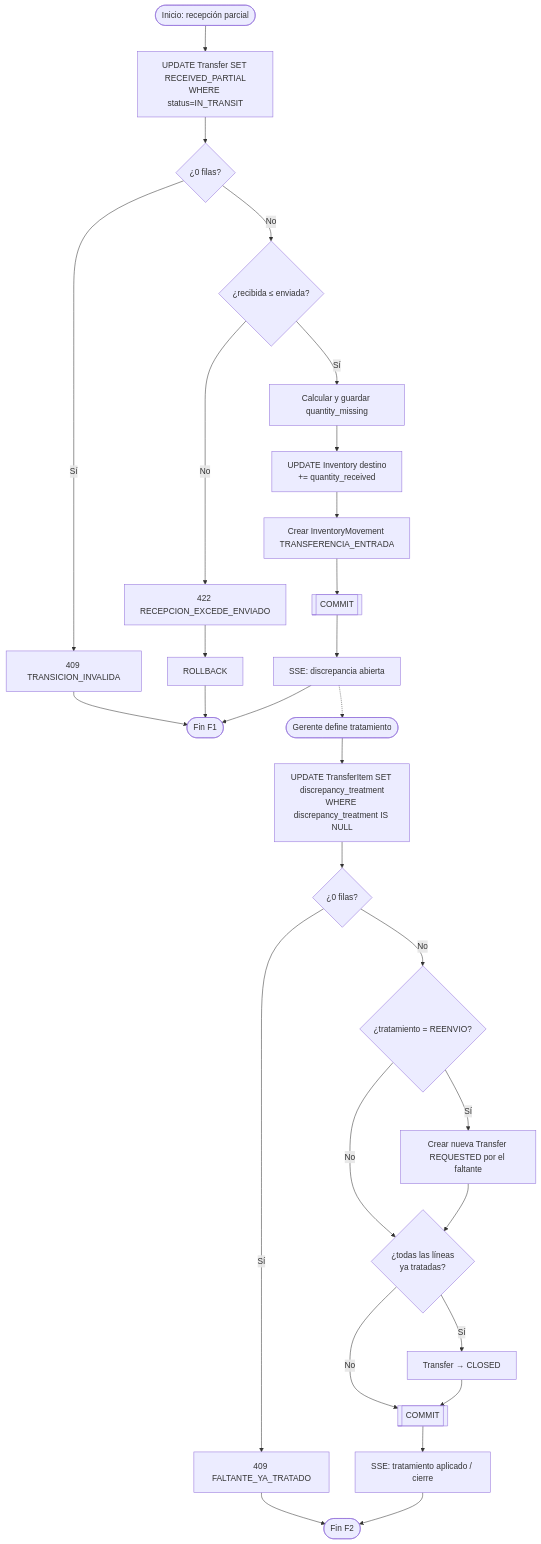
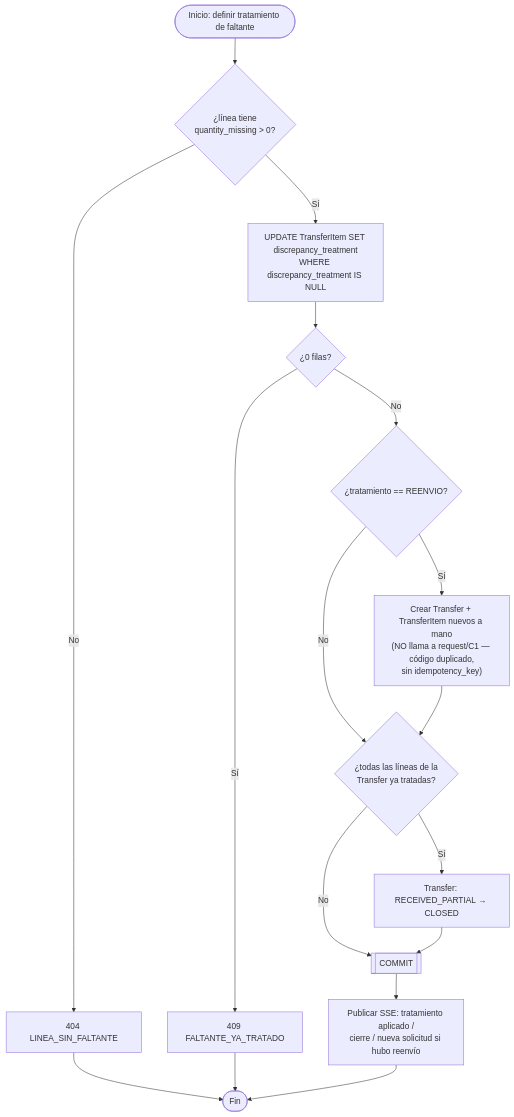
Before and after one commit to Breyner-sq/sistema-inventario-multisucursal: the sixth of 8 diagrams in docs/CRITICAL_FLOWS.md, drawn with Mermaid. The commit also changed other lines of this file and 4 other files, not shown here.

````diff
--- a/docs/CRITICAL_FLOWS.md
+++ b/docs/CRITICAL_FLOWS.md
@@ -465,26 +321,16 @@
 ```mermaid
 flowchart TD
-    StartF1([Inicio: recepción parcial]) --> UpdateEstadoF1["UPDATE Transfer SET RECEIVED_PARTIAL<br/>WHERE status=IN_TRANSIT"]
-    UpdateEstadoF1 --> EstadoOkF1{"¿0 filas?"}
-    EstadoOkF1 -- Sí --> Err409f1[409 TRANSICION_INVALIDA] --> EndF1([Fin F1])
-    EstadoOkF1 -- No --> ValidarCantF1{"¿recibida ≤ enviada?"}
-    ValidarCantF1 -- No --> Err422f1[422 RECEPCION_EXCEDE_ENVIADO] --> Rollback1[ROLLBACK] --> EndF1
-    ValidarCantF1 -- Sí --> CalcularFaltante[Calcular y guardar quantity_missing]
-    CalcularFaltante --> UpdateInvF1["UPDATE Inventory destino<br/>+= quantity_received"]
-    UpdateInvF1 --> CrearMovF1[Crear InventoryMovement TRANSFERENCIA_ENTRADA]
-    CrearMovF1 --> CommitF1[["COMMIT"]]
-    CommitF1 --> NotifDiscrepancia[SSE: discrepancia abierta] --> EndF1
-
-    NotifDiscrepancia -.-> StartF2([Gerente define tratamiento])
-    StartF2 --> UpdateTratamiento["UPDATE TransferItem SET discrepancy_treatment<br/>WHERE discrepancy_treatment IS NULL"]
+    Start([Inicio: definir tratamiento de faltante]) --> CheckFaltante{"¿línea tiene<br/>quantity_missing > 0?"}
+    CheckFaltante -- No --> Err404[404 LINEA_SIN_FALTANTE] --> End([Fin])
+    CheckFaltante -- Sí --> UpdateTratamiento["UPDATE TransferItem SET discrepancy_treatment<br/>WHERE discrepancy_treatment IS NULL"]
     UpdateTratamiento --> TratOk{"¿0 filas?"}
-    TratOk -- Sí --> Err409f2[409 FALTANTE_YA_TRATADO] --> EndF2([Fin F2])
-    TratOk -- No --> EsReenvio{"¿tratamiento = REENVIO?"}
-    EsReenvio -- Sí --> CrearReenvio[Crear nueva Transfer REQUESTED por el faltante]
+    TratOk -- Sí --> Err409[409 FALTANTE_YA_TRATADO] --> End
+    TratOk -- No --> EsReenvio{"¿tratamiento == REENVIO?"}
+    EsReenvio -- Sí --> CrearReenvio["Crear Transfer + TransferItem nuevos a mano<br/>(NO llama a request/C1 — código duplicado,<br/>sin idempotency_key)"]
     EsReenvio -- No --> CheckTodasTratadas
-    CrearReenvio --> CheckTodasTratadas{"¿todas las líneas<br/>ya tratadas?"}
-    CheckTodasTratadas -- Sí --> CerrarTransfer[Transfer → CLOSED]
+    CrearReenvio --> CheckTodasTratadas{"¿todas las líneas de la<br/>Transfer ya tratadas?"}
+    CheckTodasTratadas -- Sí --> CerrarTransfer["Transfer: RECEIVED_PARTIAL → CLOSED"]
     CheckTodasTratadas -- No --> CommitF2[["COMMIT"]]
     CerrarTransfer --> CommitF2
-    CommitF2 --> NotifCierre[SSE: tratamiento aplicado / cierre] --> EndF2
+    CommitF2 --> NotifCierre["Publicar SSE: tratamiento aplicado /<br/>cierre / nueva solicitud si hubo reenvío"] --> End
 ```
````
